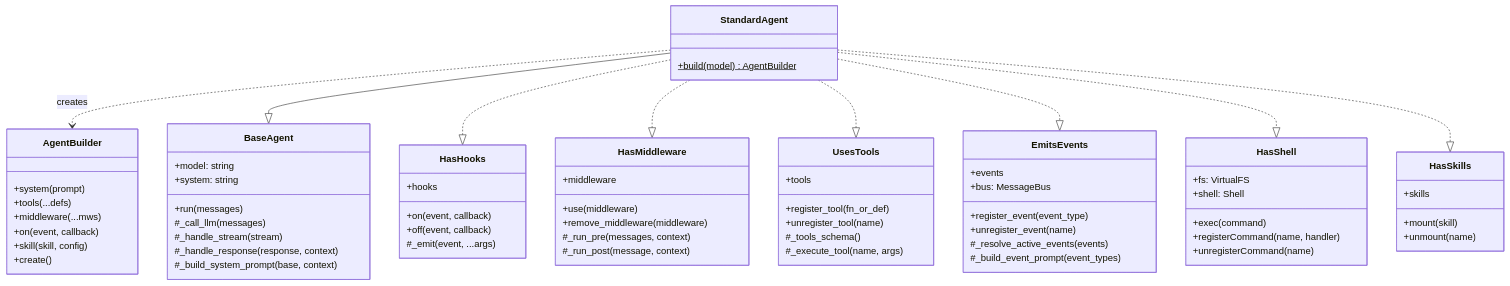
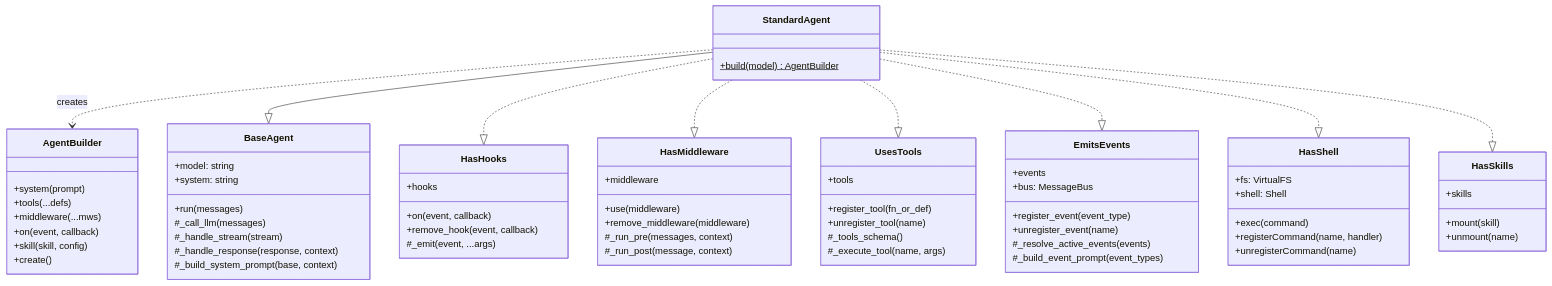
One commit to looksystems/playground-harness changed the first of 4 diagrams in docs/architecture.md. Above: the diagram before and after it, drawn with Mermaid. The commit also changed other lines of this file and 13 other files, not shown here.

First line of the commit message:
Rename off() → remove_hook()/removeHook() for consistent removal naming

````diff
--- a/docs/architecture.md
+++ b/docs/architecture.md
@@ -13,71 +13,71 @@
 ```mermaid
 classDiagram
     class BaseAgent {
         +model: string
         +system: string
         +run(messages)
         #_call_llm(messages)
         #_handle_stream(stream)
         #_handle_response(response, context)
         #_build_system_prompt(base, context)
     }
     class HasHooks {
         +on(event, callback)
-        +off(event, callback)
+        +remove_hook(event, callback)
         +hooks
         #_emit(event, ...args)
     }
     class HasMiddleware {
         +use(middleware)
         +remove_middleware(middleware)
         +middleware
         #_run_pre(messages, context)
         #_run_post(message, context)
     }
     class UsesTools {
         +register_tool(fn_or_def)
         +unregister_tool(name)
         +tools
         #_tools_schema()
         #_execute_tool(name, args)
     }
     class EmitsEvents {
         +register_event(event_type)
         +unregister_event(name)
         +events
         +bus: MessageBus
         #_resolve_active_events(events)
         #_build_event_prompt(event_types)
     }
     class HasShell {
         +fs: VirtualFS
         +shell: Shell
         +exec(command)
         +registerCommand(name, handler)
         +unregisterCommand(name)
     }
     class HasSkills {
         +mount(skill)
         +unmount(name)
         +skills
     }
     class AgentBuilder {
         +system(prompt)
         +tools(...defs)
         +middleware(...mws)
         +on(event, callback)
         +skill(skill, config)
         +create()
     }
     class StandardAgent {
         +build(model)$ AgentBuilder
     }
     StandardAgent ..> AgentBuilder : creates
     StandardAgent --|> BaseAgent
     StandardAgent ..|> HasHooks
     StandardAgent ..|> HasMiddleware
     StandardAgent ..|> UsesTools
     StandardAgent ..|> EmitsEvents
     StandardAgent ..|> HasShell
     StandardAgent ..|> HasSkills
 ```
````
